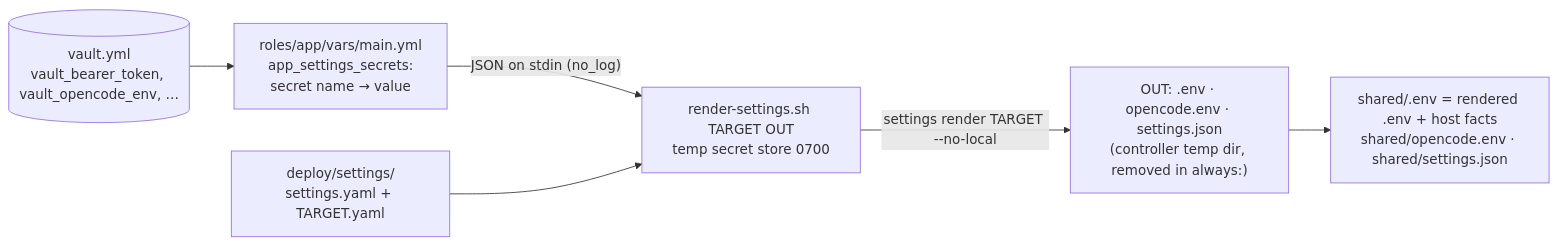
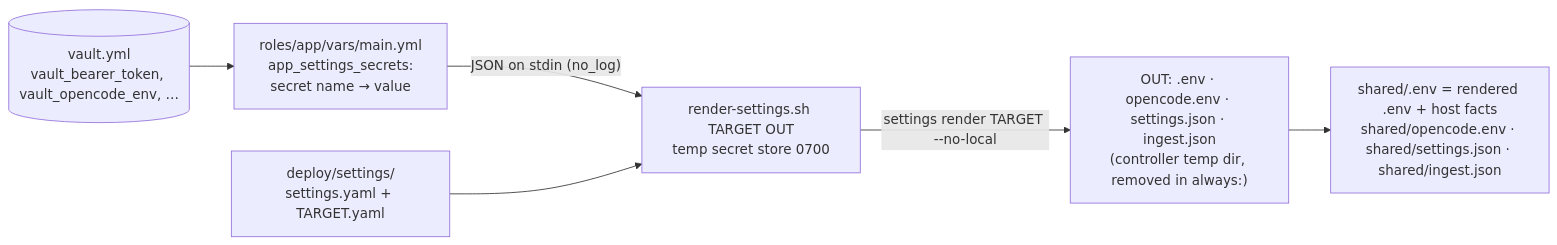
One commit to tillg/karpathy.app changed the third of 6 diagrams in specs/system/deployment.md. Above: the diagram before and after it, drawn with Mermaid. The commit also changed other lines of this file and 5 other files, not shown here.

````diff
--- a/specs/system/deployment.md
+++ b/specs/system/deployment.md
@@ -178,8 +190,8 @@
 ```mermaid
 flowchart LR
   V[("vault.yml<br/>vault_bearer_token, vault_opencode_env, …")] --> M["roles/app/vars/main.yml<br/>app_settings_secrets:<br/>secret name → value"]
   M -->|"JSON on stdin (no_log)"| R["render-settings.sh TARGET OUT<br/>temp secret store 0700"]
   S["deploy/settings/<br/>settings.yaml + TARGET.yaml"] --> R
-  R -->|"settings render TARGET --no-local"| O["OUT: .env · opencode.env · settings.json<br/>(controller temp dir, removed in always:)"]
-  O --> H["shared/.env = rendered .env + host facts<br/>shared/opencode.env · shared/settings.json"]
+  R -->|"settings render TARGET --no-local"| O["OUT: .env · opencode.env · settings.json · ingest.json<br/>(controller temp dir, removed in always:)"]
+  O --> H["shared/.env = rendered .env + host facts<br/>shared/opencode.env · shared/settings.json · shared/ingest.json"]
 ```
````
